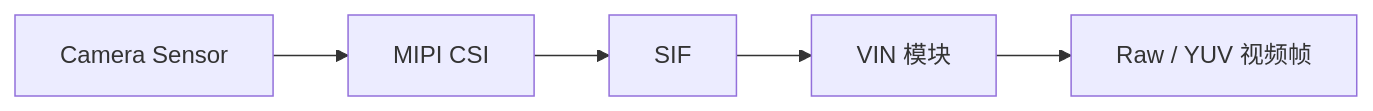
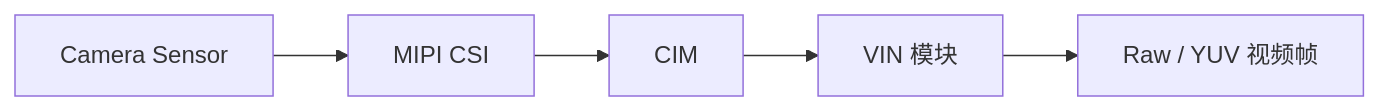
Before and after one commit to D-Robotics/rdk_s_doc: the diagram in docs/07_Advanced_development/06_multimedia_development/02_multimedia_sample/02_sample_vin.md, drawn with Mermaid. The commit also changed other lines of this file and 5 other files, not shown here.

First line of the commit message:
docs(camera): [cr_id_skip] Rename SIF to CIM in camera docs and fix typo

````diff
--- a/docs/07_Advanced_development/06_multimedia_development/02_multimedia_sample/02_sample_vin.md
+++ b/docs/07_Advanced_development/06_multimedia_development/02_multimedia_sample/02_sample_vin.md
@@ -12,7 +12,7 @@
 ```mermaid
 flowchart LR
     A[Camera Sensor] --> B[MIPI CSI]
-    B --> C[SIF]
+    B --> C[CIM]
     C --> D[VIN 模块]
     D --> E[Raw / YUV 视频帧]
 ```
````
